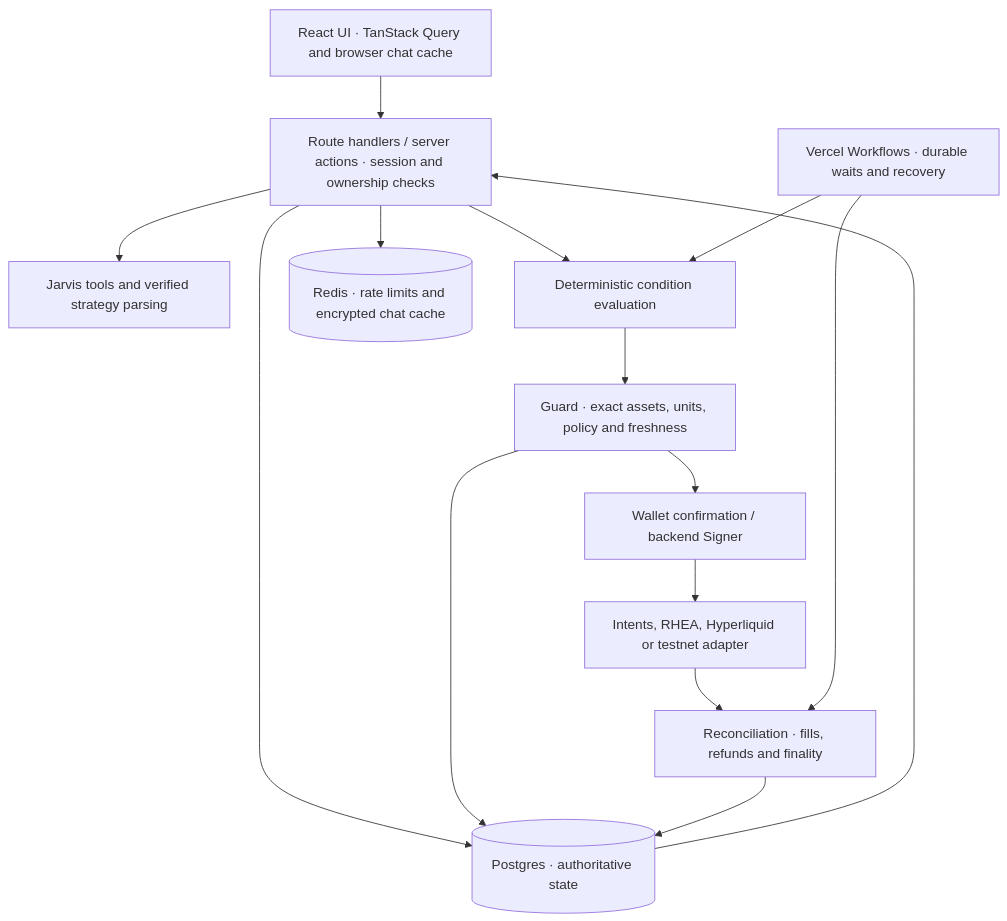
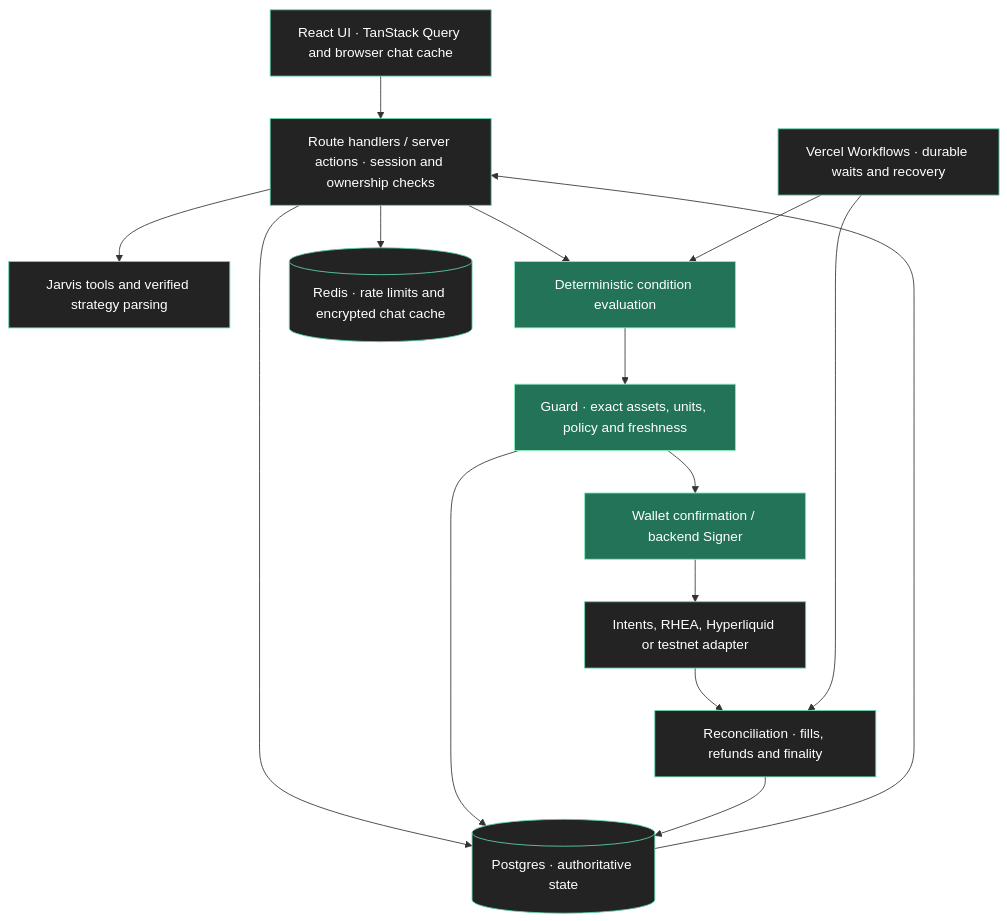
The diagram in Wrenai/README.md (ikarn-dev/Wrenai), drawn with Mermaid before and after one commit. The commit also changed other lines of this file and 4 other files, not shown here.

````diff
--- a/Wrenai/README.md
+++ b/Wrenai/README.md
@@ -24,29 +71,34 @@
 ```mermaid
 flowchart TB
     UI["React UI · TanStack Query and browser chat cache"]
     HTTP["Route handlers / server actions · session and ownership checks"]
     AI["Jarvis tools and verified strategy parsing"]
     Engine["Deterministic condition evaluation"]
     Guard["Guard · exact assets, units, policy and freshness"]
     Sign["Wallet confirmation / backend Signer"]
     Adapter["Intents, RHEA, Hyperliquid or testnet adapter"]
     Reconcile["Reconciliation · fills, refunds and finality"]
     DB[("Postgres · authoritative state")]
     Cache[("Redis · rate limits and encrypted chat cache")]
     Jobs["Vercel Workflows · durable waits and recovery"]
 
     UI --> HTTP
     HTTP --> AI
     HTTP --> Engine
     HTTP --> Cache
     HTTP --> DB
     Jobs --> Engine
     Engine --> Guard
     Guard --> DB
     Guard --> Sign
     Sign --> Adapter
     Adapter --> Reconcile
     Jobs --> Reconcile
     Reconcile --> DB
     DB --> HTTP
+
+    classDef accent fill:#237359,stroke:#89EDC0,color:#FFFFFF
+    classDef surface fill:#232323,stroke:#5FD6A4,color:#FFFFFF
+    class Engine,Guard,Sign accent
+    class UI,HTTP,AI,Adapter,Reconcile,DB,Cache,Jobs surface
 ```
````
